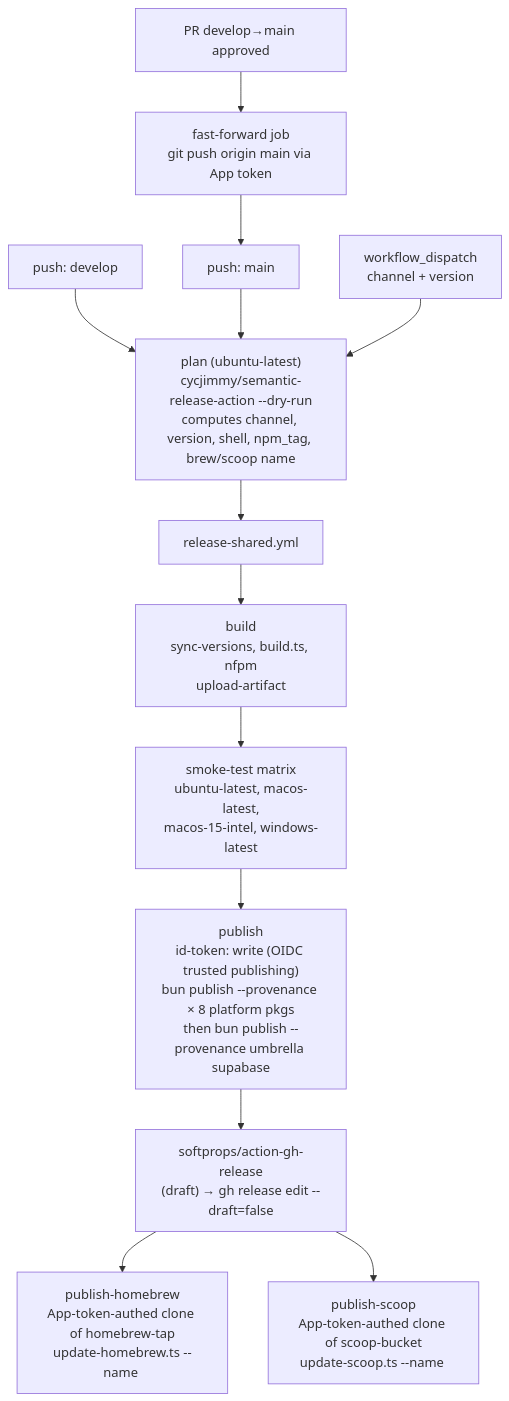
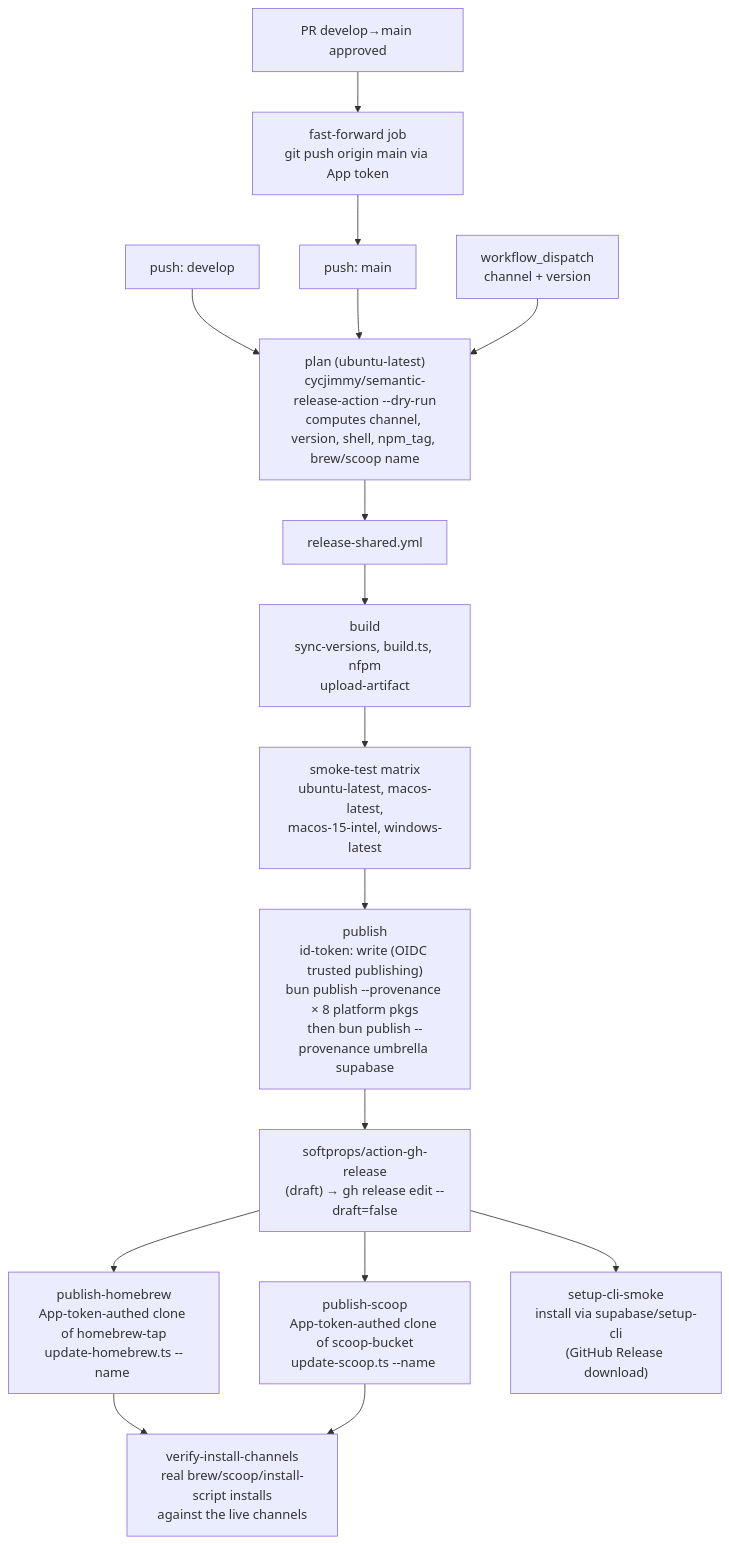
One commit to supabase/cli changed the second of 2 diagrams in apps/cli/docs/release-process.md. Above: the diagram before and after it, drawn with Mermaid. The commit also changed other lines of this file and 2 other files, not shown here.

First line of the commit message:
ci: verify install channels after publish

````diff
--- a/apps/cli/docs/release-process.md
+++ b/apps/cli/docs/release-process.md
@@ -225,19 +225,22 @@
 ```mermaid
 flowchart TD
     pushDev[push: develop] --> plan
     pushMain[push: main] --> plan
     pr[PR develop→main approved] --> ff[fast-forward job<br/>git push origin main via App token]
     ff --> pushMain
     dispatch[workflow_dispatch<br/>channel + version] --> plan
 
     plan["plan (ubuntu-latest)<br/>cycjimmy/semantic-release-action --dry-run<br/>computes channel, version, shell, npm_tag, brew/scoop name"]
     plan --> shared
 
     shared["release-shared.yml"]
     shared --> build["build<br/>sync-versions, build.ts, nfpm<br/>upload-artifact"]
     build --> smoke["smoke-test matrix<br/>ubuntu-latest, macos-latest,<br/>macos-15-intel, windows-latest"]
     smoke --> pub["publish<br/>id-token: write (OIDC trusted publishing)<br/>bun publish --provenance × 8 platform pkgs<br/>then bun publish --provenance umbrella supabase"]
     pub --> rel["softprops/action-gh-release<br/>(draft) → gh release edit --draft=false"]
     rel --> hb["publish-homebrew<br/>App-token-authed clone of homebrew-tap<br/>update-homebrew.ts --name <brew_name>"]
     rel --> sc["publish-scoop<br/>App-token-authed clone of scoop-bucket<br/>update-scoop.ts --name <scoop_name>"]
+    rel --> sucs["setup-cli-smoke<br/>install via supabase/setup-cli<br/>(GitHub Release download)"]
+    hb --> vic["verify-install-channels<br/>real brew/scoop/install-script installs<br/>against the live channels"]
+    sc --> vic
 ```
````
